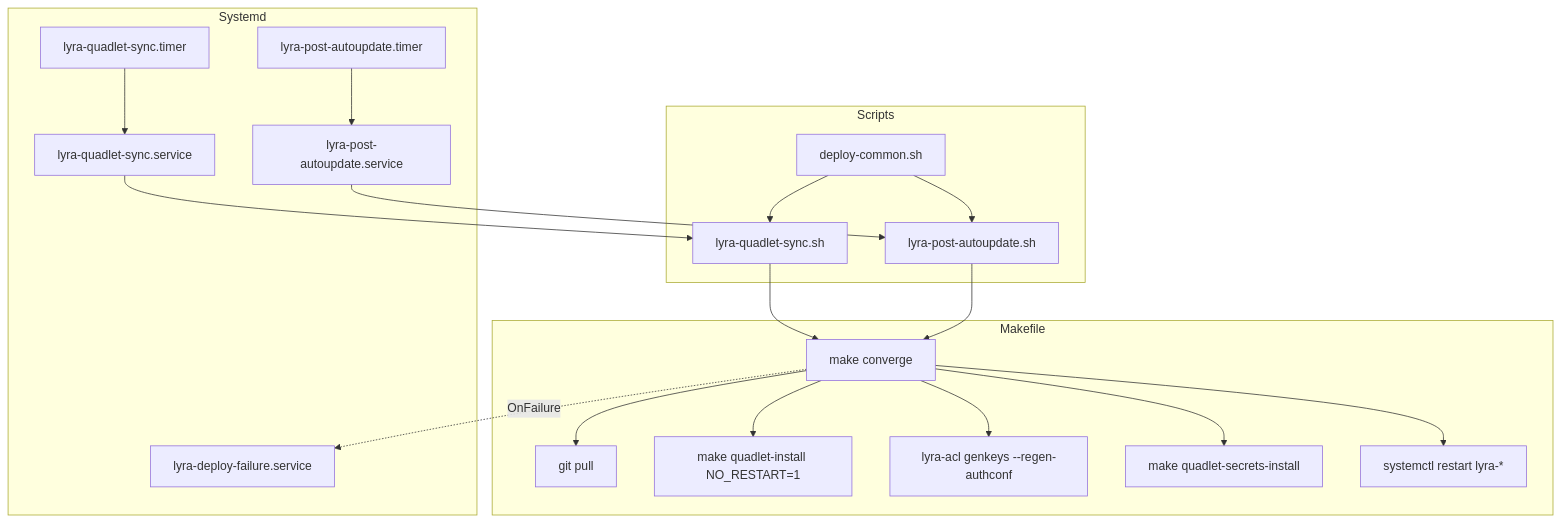
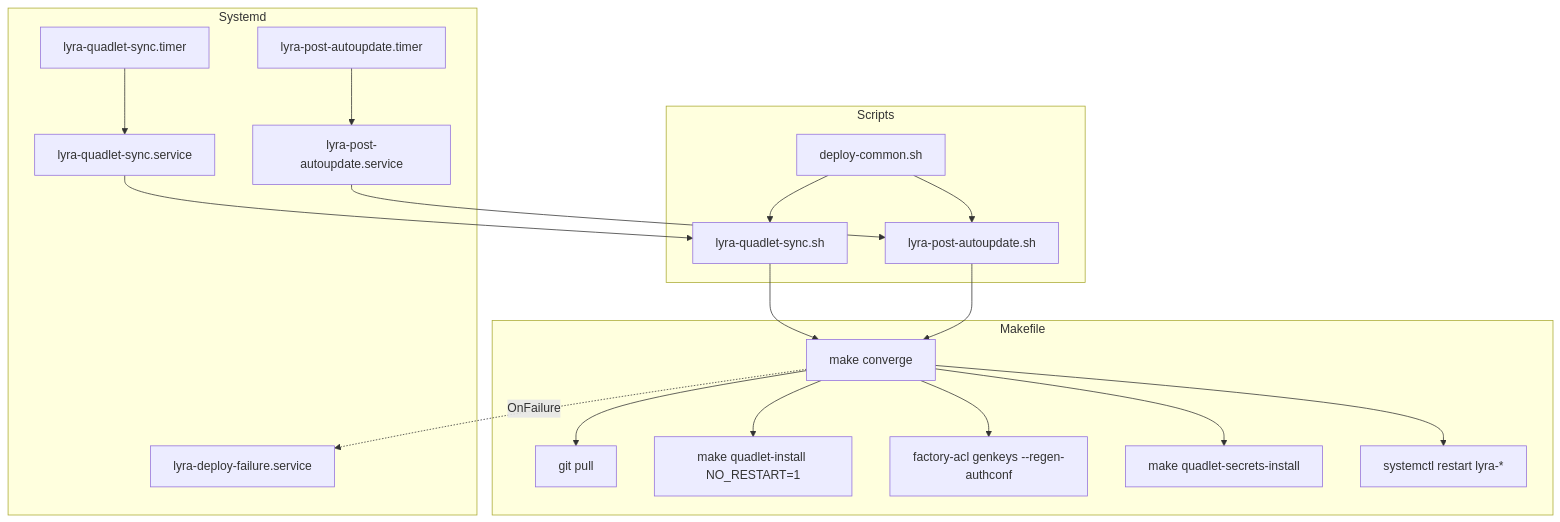
One commit to Roxabi/lyra changed the second of 2 diagrams in artifacts/specs/1578-collapse-deploy-atomic-spec.mdx. Above: the diagram before and after it, drawn with Mermaid. The commit also changed other lines of this file and 1256 other files, not shown here.

First line of the commit message:
refactor: rename lyra→factory (package/CLI, env vars, container identity)

````diff
--- a/artifacts/specs/1578-collapse-deploy-atomic-spec.mdx
+++ b/artifacts/specs/1578-collapse-deploy-atomic-spec.mdx
@@ -92,23 +92,23 @@
 ```mermaid
 flowchart TD
     subgraph Makefile
         M1[make converge] --> M2[git pull]
         M1 --> M3[make quadlet-install NO_RESTART=1]
-        M1 --> M4[lyra-acl genkeys --regen-authconf]
+        M1 --> M4[factory-acl genkeys --regen-authconf]
         M1 --> M5[make quadlet-secrets-install]
         M1 --> M6[systemctl restart lyra-*]
     end
     subgraph Scripts
         S1[lyra-quadlet-sync.sh] --> M1
         S2[deploy-common.sh] --> S1
         S2 --> S3[lyra-post-autoupdate.sh]
         S3 --> M1
     end
     subgraph Systemd
         T1[lyra-quadlet-sync.timer] --> T2[lyra-quadlet-sync.service]
         T3[lyra-post-autoupdate.timer] --> T4[lyra-post-autoupdate.service]
         T4 --> S3
         T2 --> S1
         M1 -.->|OnFailure| T5[lyra-deploy-failure.service]
     end
 ```
````
